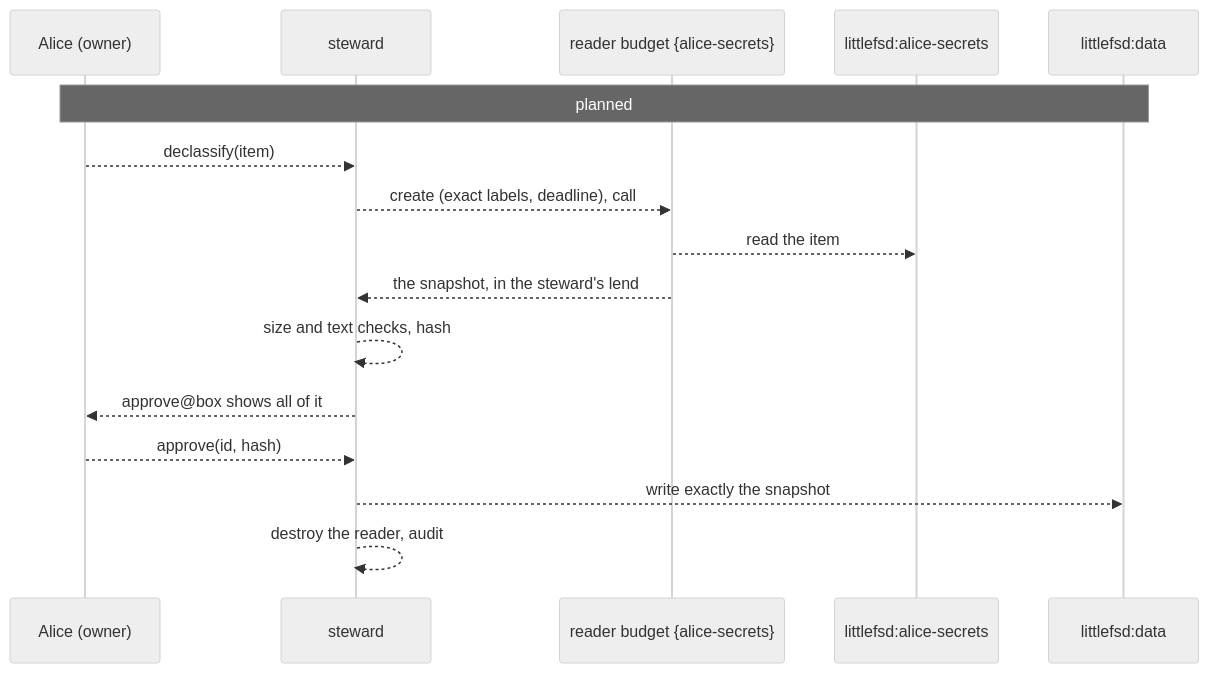
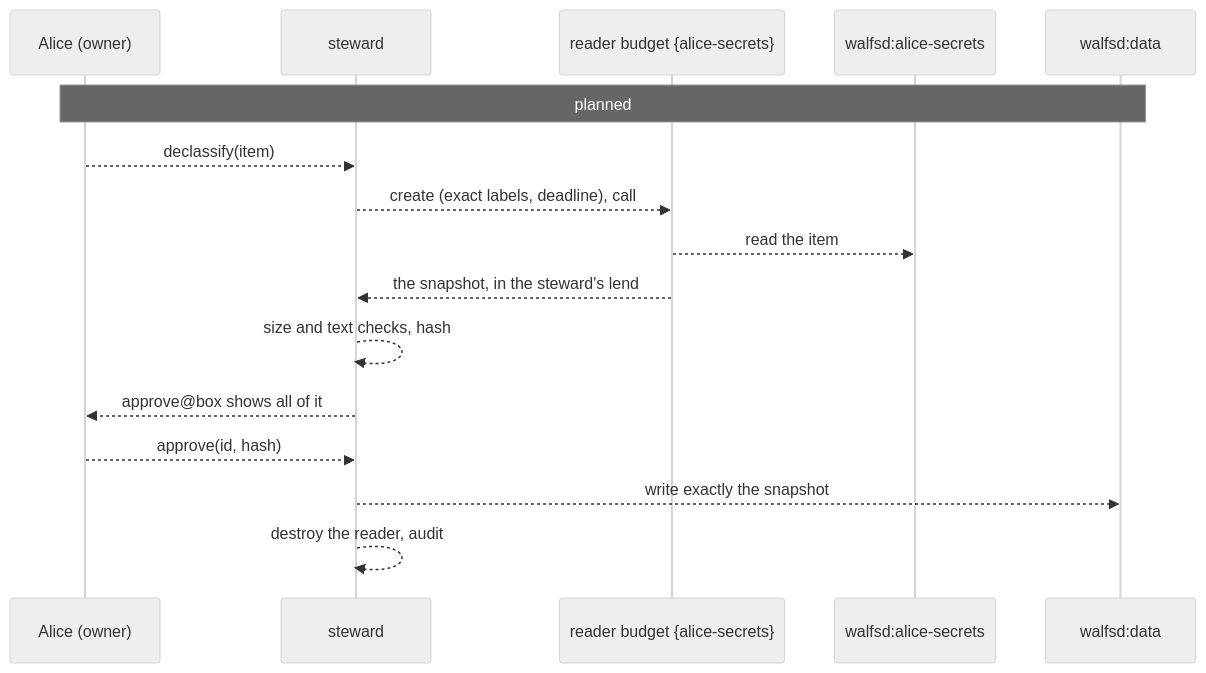
Before and after one commit to sirmick/redoubt: the third of 3 diagrams in docs/servers/steward.md, drawn with Mermaid (neutral theme). The commit also changed 25 other files, not shown here.

````diff
--- a/docs/servers/steward.md
+++ b/docs/servers/steward.md
@@ -596,18 +596,18 @@
 ```mermaid
 sequenceDiagram
     participant P as Alice (owner)
     participant ST as steward
     participant R as reader budget {alice-secrets}
-    participant V as littlefsd:alice-secrets
-    participant U as littlefsd:data
+    participant V as walfsd:alice-secrets
+    participant U as walfsd:data
     Note over P,U: planned
     P-->>ST: declassify(item)
     ST-->>R: create (exact labels, deadline), call
     R-->>V: read the item
     R-->>ST: the snapshot, in the steward's lend
     ST-->>ST: size and text checks, hash
     ST-->>P: approve@box shows all of it
     P-->>ST: approve(id, hash)
     ST-->>U: write exactly the snapshot
     ST-->>ST: destroy the reader, audit
 ```
````
